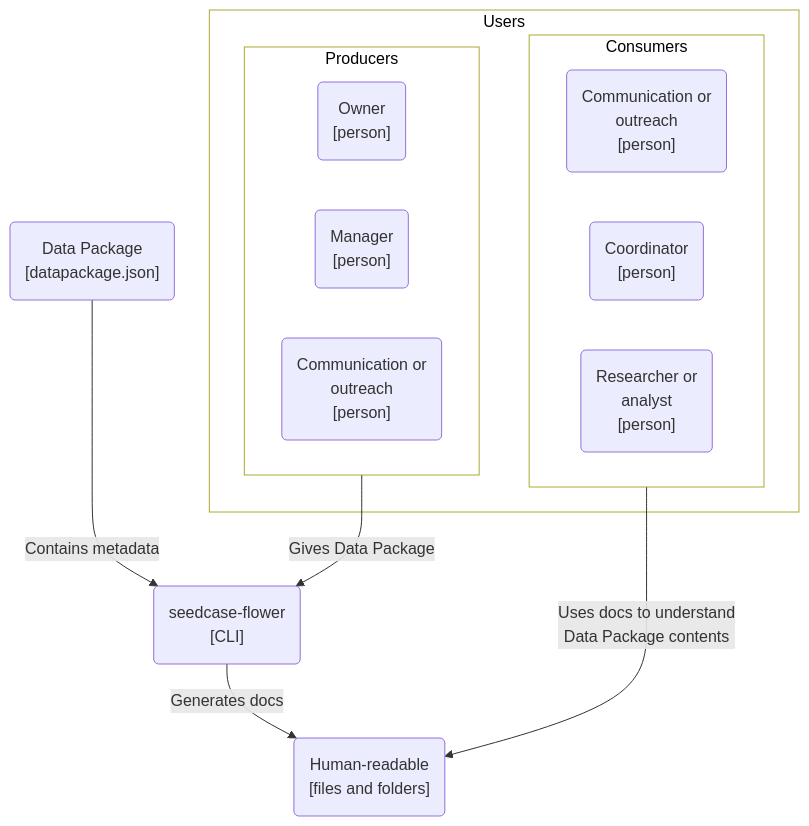
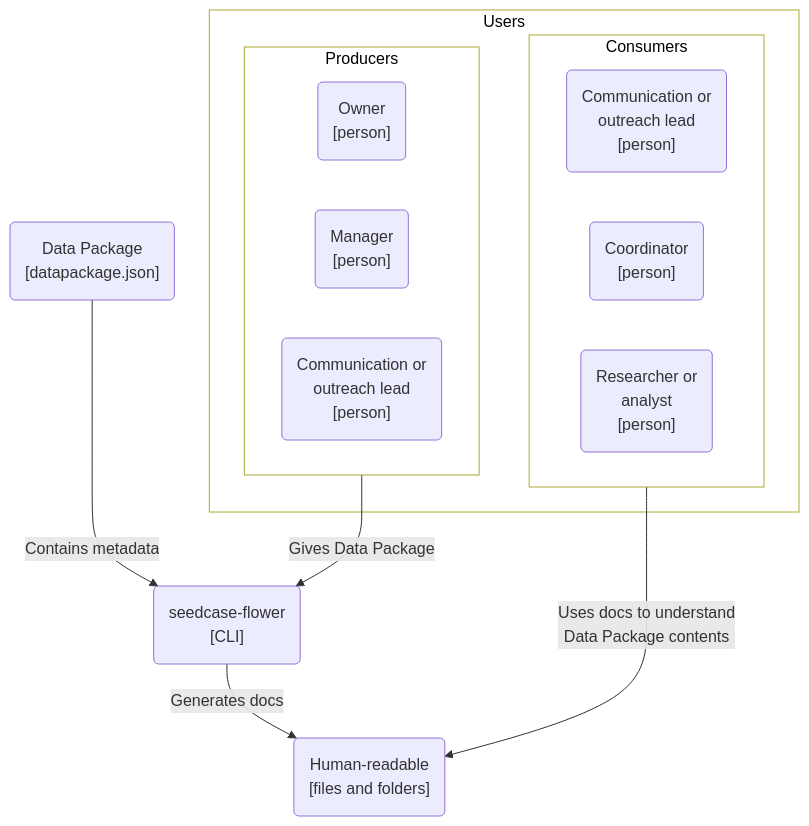
One commit to seedcase-project/seedcase-flower changed the first of 3 diagrams in docs/design/architecture.qmd. Above: the diagram before and after it, drawn with Mermaid.

Commit message:
docs: :memo: add "lead" to match user type name

````diff
--- a/docs/design/architecture.qmd
+++ b/docs/design/architecture.qmd
@@ -122,37 +122,37 @@
 ```{mermaid}
 %%| label: fig-c4-context
 %%| fig-cap: "C4 system context diagram showing the anticipated users and external systems Flower interacts with."
 flowchart
 
     subgraph Users
         Producers["Producer users"]
         Consumers["Consumer users"]
     end
 
     subgraph Producers
         user_owner("Owner<br>[person]")
         user_manager("Manager<br>[person]")
-        user_communicator1("Communication or<br>outreach<br>[person]")
+        user_communicator1("Communication or<br>outreach lead<br>[person]")
     end
 
     subgraph Consumers
-        user_communicator2("Communication or<br>outreach<br>[person]")
+        user_communicator2("Communication or<br>outreach lead<br>[person]")
         user_coordinator("Coordinator<br>[person]")
         user_researcher("Researcher or<br>analyst<br>[person]")
     end
 
     datapackage("Data Package<br>[datapackage.json]")
     flower("seedcase-flower<br>[CLI]")
 
     output("Human-readable<br>[files and folders]")
 
     datapackage --"Contains metadata"--> flower
     Producers --"Gives Data Package"--> flower
     flower --"Generates docs"--> output
     Consumers --"Uses docs to understand<br>Data Package contents"--> output
 
     %% Styling
     style Producers fill:#FFFFFF, color:#000000
     style Consumers fill:#FFFFFF, color:#000000
     style Users fill:#FFFFFF, color:#000000
 ```
````
